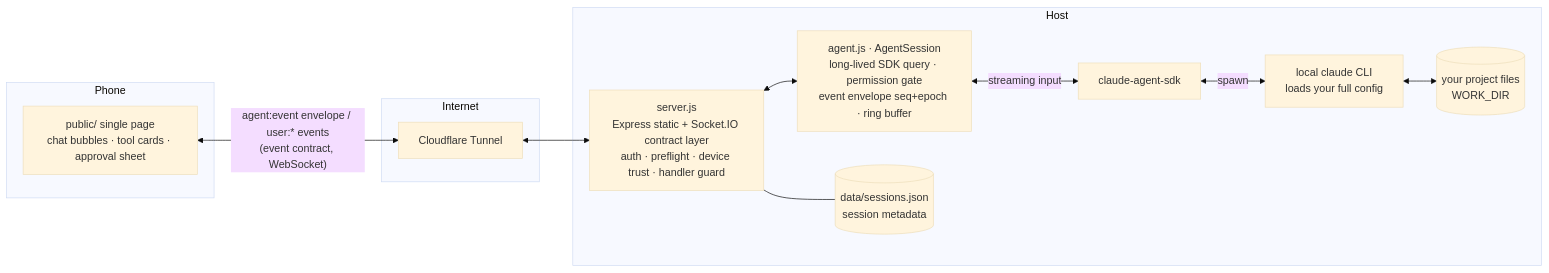
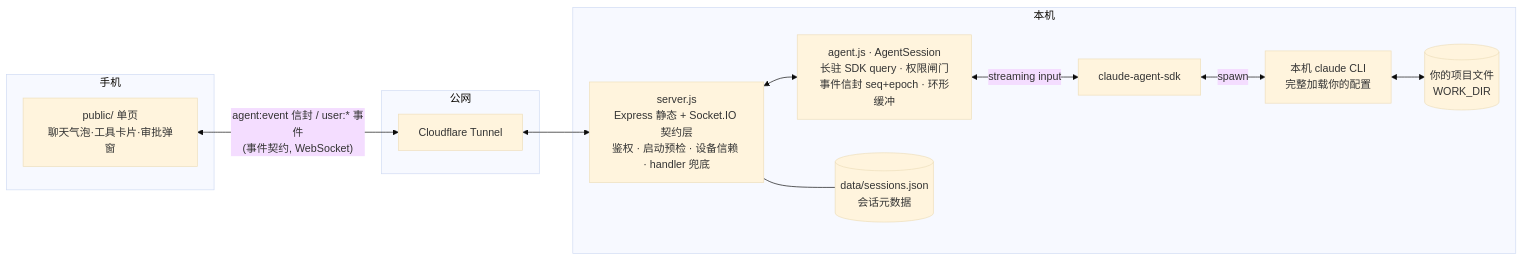
The diagram in README.md (Ike-li/claude-chat-mobile), drawn with Mermaid (base theme) before and after one commit. The commit also changed other lines of this file and 11 other files, not shown here.

First line of the commit message:
Reposition as public self-host product; setup-first, bilingual docs

````diff
--- a/README.md
+++ b/README.md
@@ -136,21 +140,21 @@
 ```mermaid
 graph LR
-    subgraph Phone
-        UI[public/ single page<br/>chat bubbles · tool cards · approval sheet]
+    subgraph 手机
+        UI[public/ 单页<br/>聊天气泡·工具卡片·审批弹窗]
     end
-    subgraph Internet
+    subgraph 公网
         CF[Cloudflare Tunnel]
     end
-    subgraph Host
-        S[server.js<br/>Express static + Socket.IO contract layer<br/>auth · preflight · device trust · handler guard]
-        A[agent.js · AgentSession<br/>long-lived SDK query · permission gate<br/>event envelope seq+epoch · ring buffer]
-        J[(data/sessions.json<br/>session metadata)]
+    subgraph 本机
+        S[server.js<br/>Express 静态 + Socket.IO 契约层<br/>鉴权 · 启动预检 · 设备信赖 · handler 兜底]
+        A[agent.js · AgentSession<br/>长驻 SDK query · 权限闸门<br/>事件信封 seq+epoch · 环形缓冲]
+        J[(data/sessions.json<br/>会话元数据)]
         SDK[claude-agent-sdk]
-        CLI[local claude CLI<br/>loads your full config]
-        FS[(your project files<br/>WORK_DIR)]
+        CLI[本机 claude CLI<br/>完整加载你的配置]
+        FS[(你的项目文件<br/>WORK_DIR)]
     end
-    UI <-->|"agent:event envelope / user:* events<br/>(event contract, WebSocket)"| CF <--> S
+    UI <-->|"agent:event 信封 / user:* 事件<br/>(事件契约, WebSocket)"| CF <--> S
     S <--> A
     A <-->|streaming input| SDK <-->|spawn| CLI <--> FS
     S --- J
 ```
````
